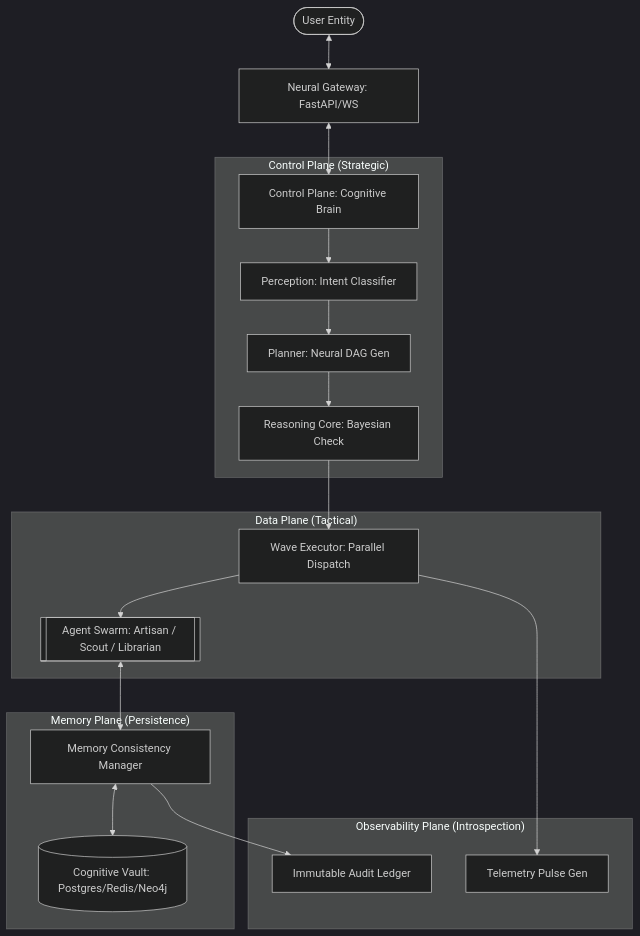
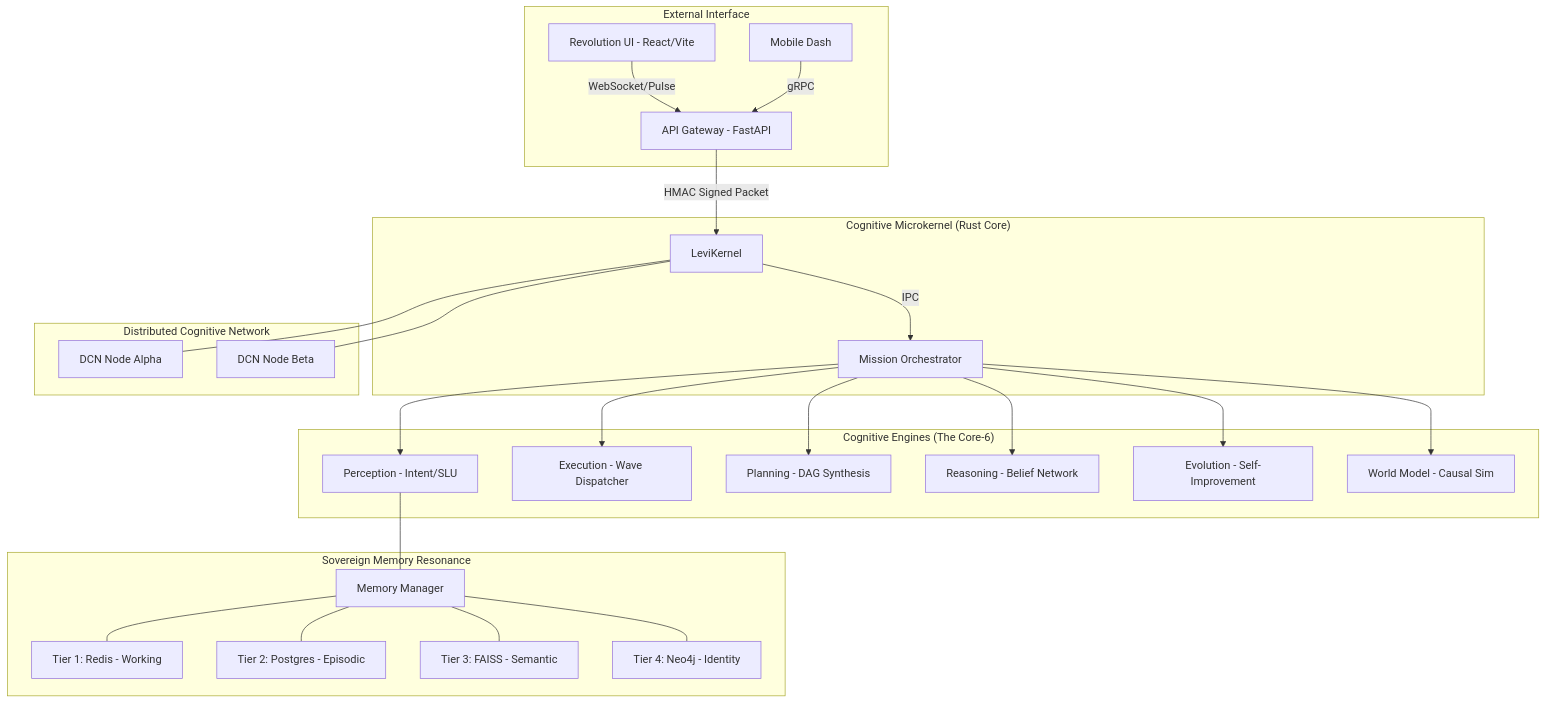
The first of 4 diagrams in README.md (Blackdrg/levi-ai-innovate), drawn with Mermaid before and after one commit. The commit also changed other lines of this file and 133 other files, not shown here.

Commit message:
release: LEVI-AI v16.0-GA sovereign OS production hardening & documentation manifest

````diff
--- a/README.md
+++ b/README.md
@@ -83,27 +190,34 @@
 ```mermaid
-%%{init: {'theme': 'dark', 'themeVariables': { 'primaryColor': '#00ffcc', 'edgeLabelBackground':'#1a1a1a', 'tertiaryColor': '#1a1a1a'}}}%%
 graph TD
-    User([User Entity]) <--> Gateway[Neural Gateway: FastAPI/WS]
-    Gateway <--> Brain[Control Plane: Cognitive Brain]
-    
-    subgraph "Control Plane (Strategic)"
-        Brain --> Intent[Perception: Intent Classifier]
-        Intent --> Plan[Planner: Neural DAG Gen]
-        Plan --> Reason[Reasoning Core: Bayesian Check]
+    subgraph "External Interface"
+        UI[Revolution UI - React/Vite] --> |WebSocket/Pulse| GW[API Gateway - FastAPI]
+        Mobile[Mobile Dash] --> |gRPC| GW
     end
-    
-    subgraph "Data Plane (Tactical)"
-        Reason --> Executor[Wave Executor: Parallel Dispatch]
-        Executor --> Agents[[Agent Swarm: Artisan / Scout / Librarian]]
+
+    subgraph "Cognitive Microkernel (Rust Core)"
+        GW --> |HMAC Signed Packet| Kernel[LeviKernel]
+        Kernel --> |IPC| Orchestrator[Mission Orchestrator]
     end
-    
-    subgraph "Memory Plane (Persistence)"
-        Agents <--> MCM[Memory Consistency Manager]
-        MCM <--> Vault[(Cognitive Vault: Postgres/Redis/Neo4j)]
+
+    subgraph "Cognitive Engines (The Core-6)"
+        Orchestrator --> E1[Perception - Intent/SLU]
+        Orchestrator --> E2[Execution - Wave Dispatcher]
+        Orchestrator --> E3[Planning - DAG Synthesis]
+        Orchestrator --> E4[Reasoning - Belief Network]
+        Orchestrator --> E7[Evolution - Self-Improvement]
+        Orchestrator --> E8[World Model - Causal Sim]
     end
-    
-    subgraph "Observability Plane (Introspection)"
-        Executor --> Pulse[Telemetry Pulse Gen]
-        MCM --> Audit[Immutable Audit Ledger]
+
+    subgraph "Sovereign Memory Resonance"
+        E1 --- MCM[Memory Manager]
+        MCM --- T1[Tier 1: Redis - Working]
+        MCM --- T2[Tier 2: Postgres - Episodic]
+        MCM --- T3[Tier 3: FAISS - Semantic]
+        MCM --- T4[Tier 4: Neo4j - Identity]
+    end
+
+    subgraph "Distributed Cognitive Network"
+        Kernel --- Peer1[DCN Node Alpha]
+        Kernel --- Peer2[DCN Node Beta]
     end
 ```
````
